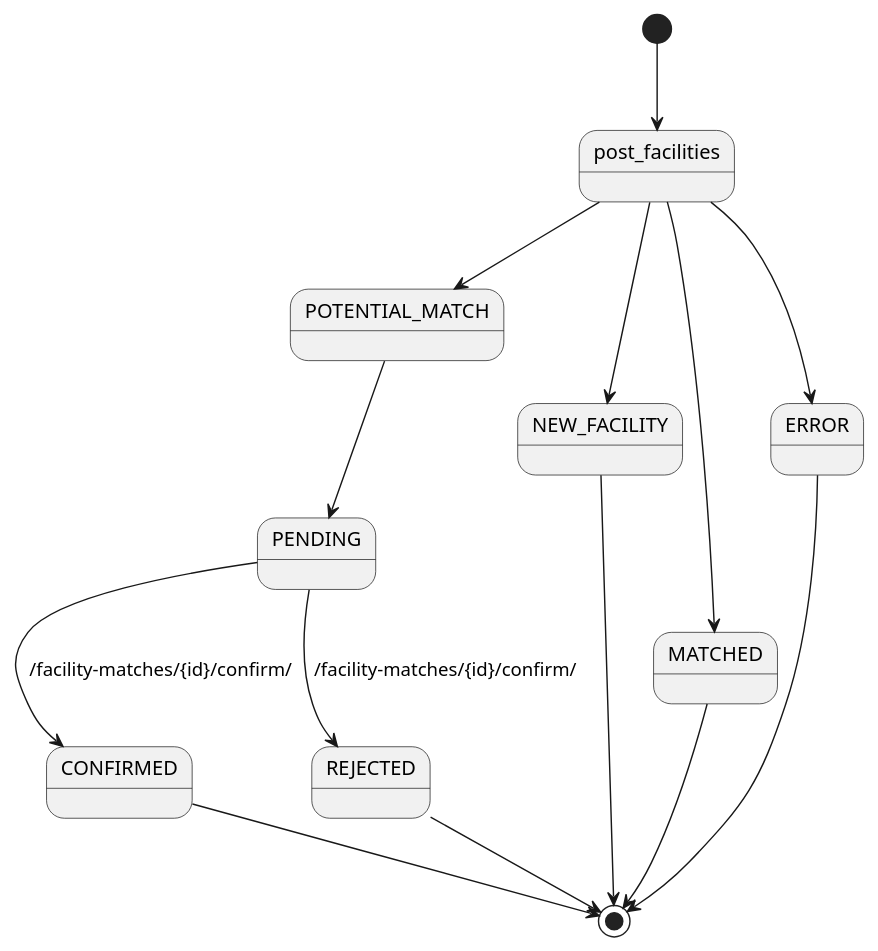
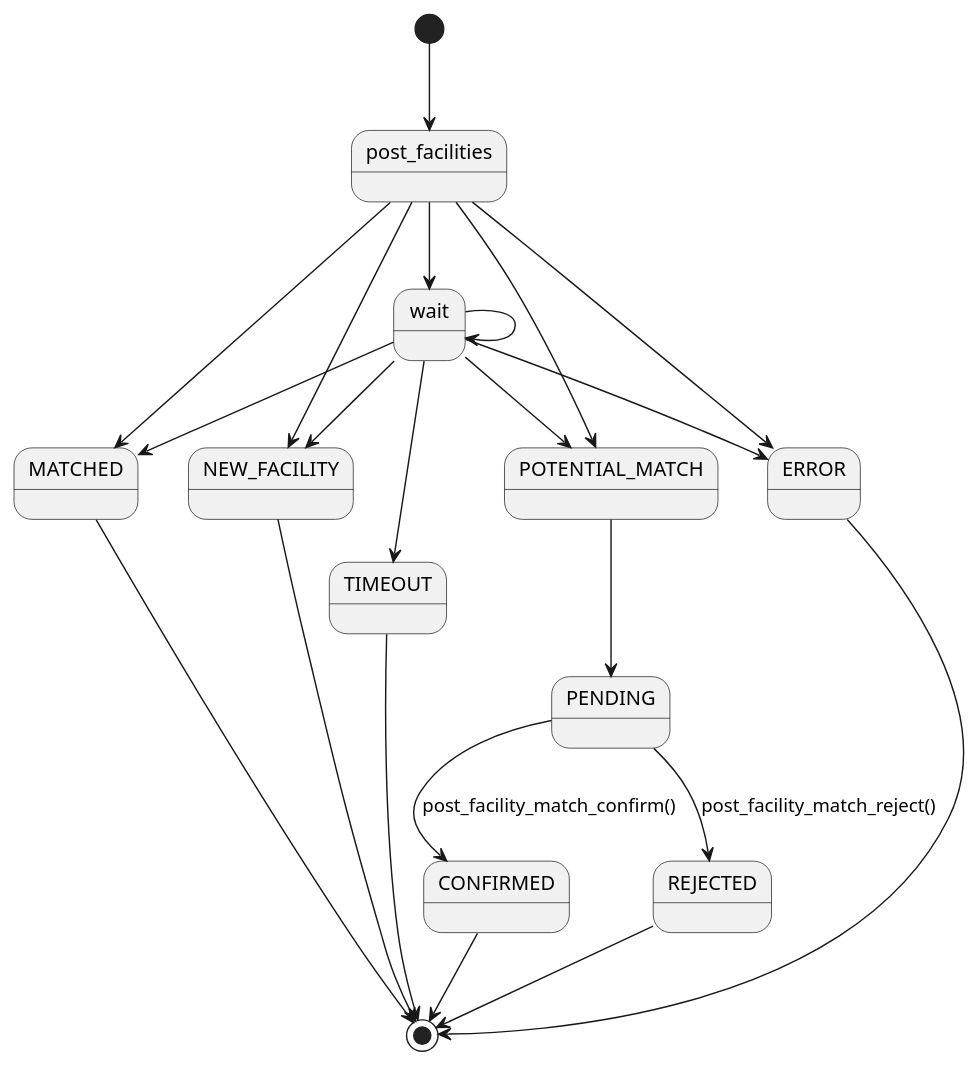
Before and after one commit to opensupplyhub/pyoshub: the diagram in docs/source/doc.rst, drawn with PlantUML. The commit also changed other lines of this file and 8 other files, not shown here.

Commit message:
Added upload/POST timeout handling in code, test, and docs

```diff
--- a/docs/source/doc.rst
+++ b/docs/source/doc.rst
@@ -17,19 +19,28 @@
 .. uml:: 
    
    @startuml
-   [*] --> post_facilities
+    [*] --> post_facilities
+    post_facilities --> wait
     post_facilities --> POTENTIAL_MATCH
     post_facilities --> NEW_FACILITY
     post_facilities --> MATCHED
     post_facilities --> ERROR
 
     POTENTIAL_MATCH --> PENDING
-    PENDING --> CONFIRMED : /facility-matches/{id}/confirm/
-    PENDING --> REJECTED : /facility-matches/{id}/confirm/
+    PENDING --> CONFIRMED : post_facility_match_confirm()
+    PENDING --> REJECTED : post_facility_match_reject()
+    wait --> wait
+    wait --> POTENTIAL_MATCH
+    wait --> NEW_FACILITY
+    wait --> MATCHED
+    wait --> ERROR
+    wait --> TIMEOUT
 
     CONFIRMED --> [*]
     REJECTED --> [*]
     MATCHED --> [*]
     NEW_FACILITY --> [*]
     ERROR --> [*]
+    TIMEOUT --> [*]
+
    @enduml
```
